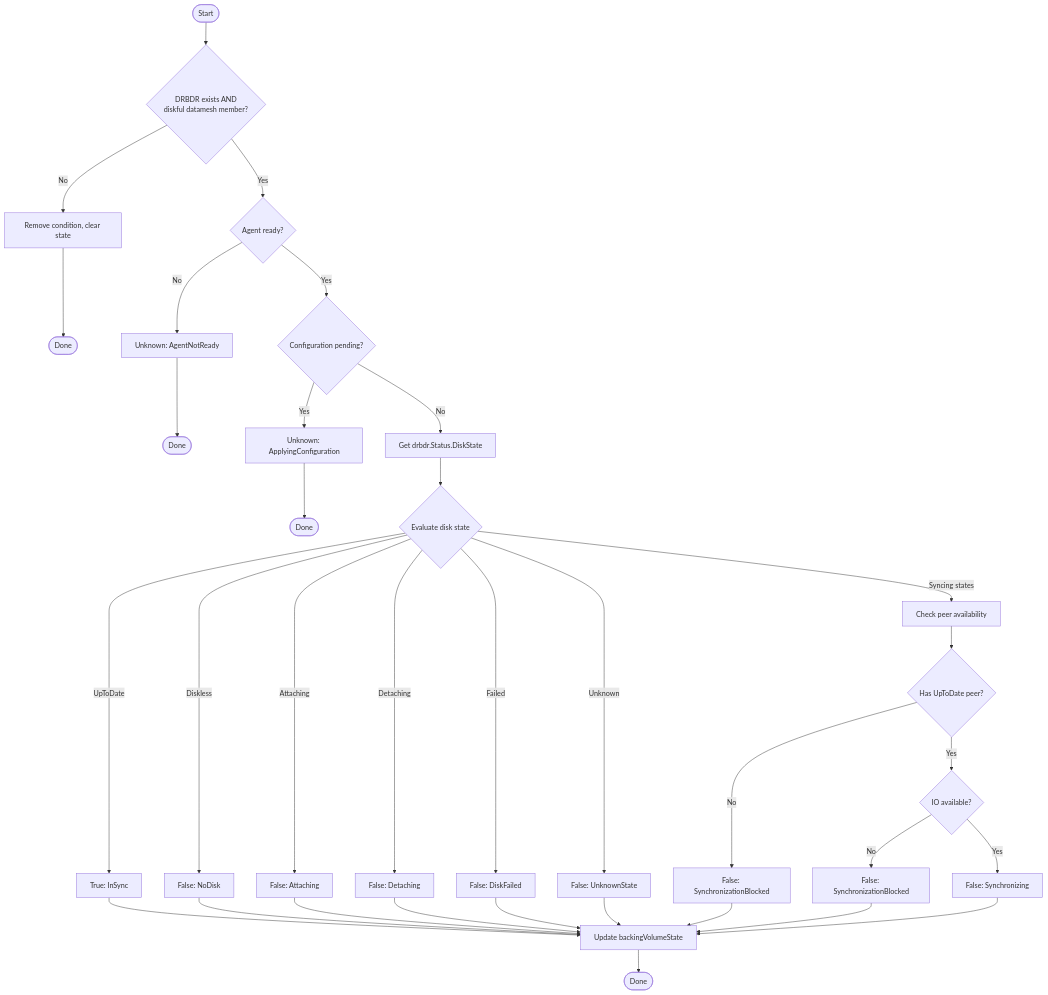
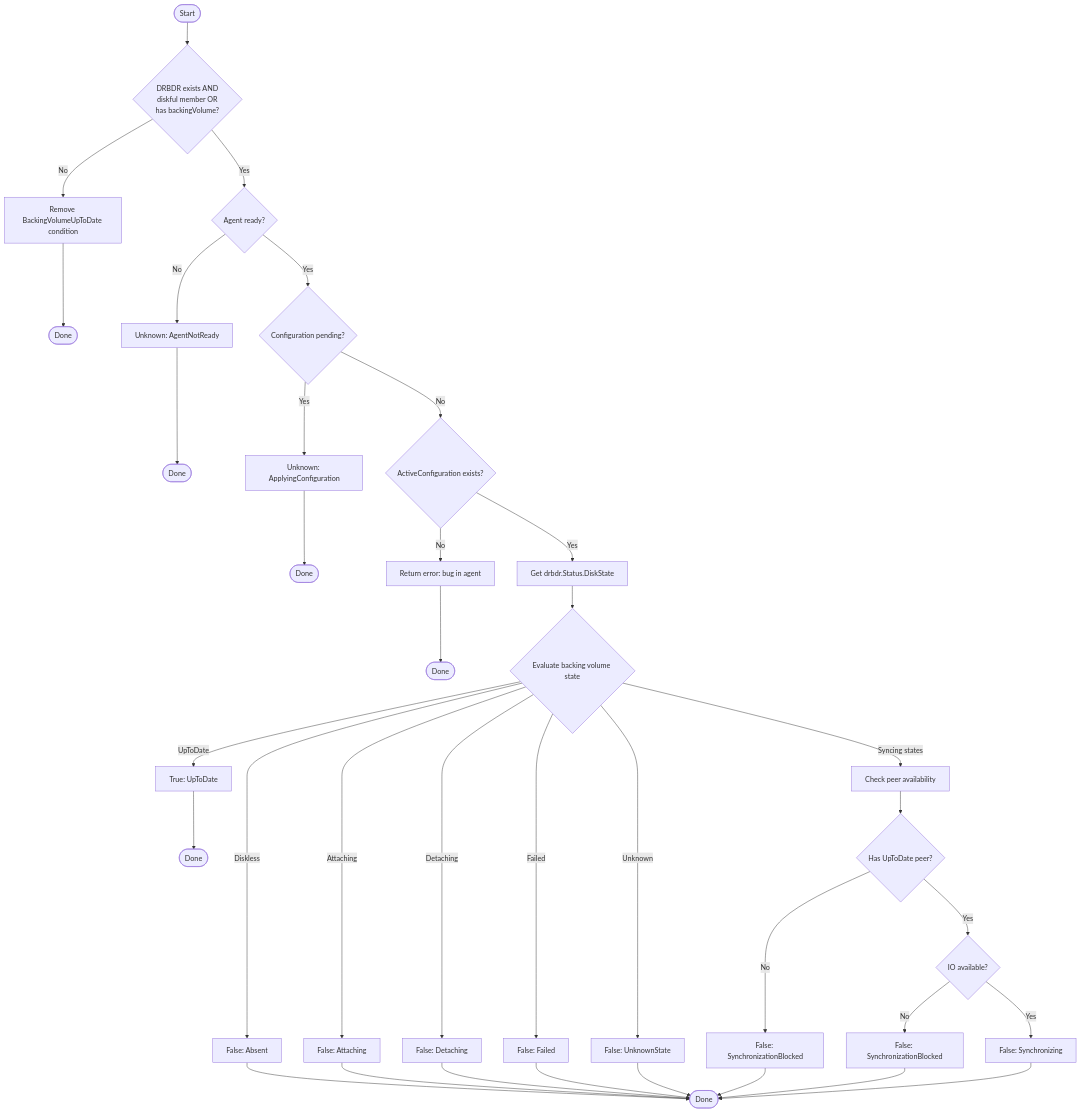
One commit to deckhouse/sds-replicated-volume changed diagram 12 of 15 in images/controller/internal/controllers/rvr_controller/README.md. Above: the diagram before and after it, drawn with Mermaid. The commit also changed other lines of this file and 20 other files, not shown here.

First line of the commit message:
[controller,csi-driver] Refine RVR status model and condition semantics

````diff
--- a/images/controller/internal/controllers/rvr_controller/README.md
+++ b/images/controller/internal/controllers/rvr_controller/README.md
@@ -771,43 +1041,46 @@
 ```mermaid
 flowchart TD
-    Start([Start]) --> CheckRelevant{DRBDR exists AND<br/>diskful datamesh member?}
-    CheckRelevant -->|No| RemoveAll[Remove condition, clear state]
-    RemoveAll --> End1([Done])
+    Start([Start]) --> CheckRelevant{DRBDR exists AND<br/>diskful member OR<br/>has backingVolume?}
+    CheckRelevant -->|No| RemoveCond[Remove BackingVolumeUpToDate condition]
+    RemoveCond --> End1([Done])
 
     CheckRelevant -->|Yes| CheckAgent{Agent ready?}
     CheckAgent -->|No| SetUnknown1[Unknown: AgentNotReady]
     SetUnknown1 --> End2([Done])
 
     CheckAgent -->|Yes| CheckPending{Configuration pending?}
     CheckPending -->|Yes| SetUnknown2[Unknown: ApplyingConfiguration]
     SetUnknown2 --> End3([Done])
 
-    CheckPending -->|No| GetDiskState[Get drbdr.Status.DiskState]
-    GetDiskState --> EvalState{Evaluate disk state}
+    CheckPending -->|No| CheckActive{ActiveConfiguration exists?}
+    CheckActive -->|No| Error[Return error: bug in agent]
+    Error --> End6([Done])
 
-    EvalState -->|UpToDate| SetTrue[True: InSync]
-    EvalState -->|Diskless| SetFalse1[False: NoDisk]
+    CheckActive -->|Yes| GetDiskState[Get drbdr.Status.DiskState]
+    GetDiskState --> EvalState{Evaluate backing volume state}
+
+    EvalState -->|UpToDate| SetTrue[True: UpToDate]
+    SetTrue --> End4([Done])
+
+    EvalState -->|Diskless| SetFalse1[False: Absent]
     EvalState -->|Attaching| SetFalse2[False: Attaching]
     EvalState -->|Detaching| SetFalse3[False: Detaching]
-    EvalState -->|Failed| SetFalse4[False: DiskFailed]
+    EvalState -->|Failed| SetFalse4[False: Failed]
     EvalState -->|Syncing states| CheckPeers[Check peer availability]
     EvalState -->|Unknown| SetFalse5[False: UnknownState]
 
     CheckPeers --> PeerCheck{Has UpToDate peer?}
     PeerCheck -->|No| SetBlocked1[False: SynchronizationBlocked]
     PeerCheck -->|Yes| IOCheck{IO available?}
     IOCheck -->|No| SetBlocked2[False: SynchronizationBlocked]
     IOCheck -->|Yes| SetSyncing[False: Synchronizing]
 
-    SetTrue --> UpdateState[Update backingVolumeState]
-    SetFalse1 --> UpdateState
-    SetFalse2 --> UpdateState
-    SetFalse3 --> UpdateState
-    SetFalse4 --> UpdateState
-    SetFalse5 --> UpdateState
-    SetBlocked1 --> UpdateState
-    SetBlocked2 --> UpdateState
-    SetSyncing --> UpdateState
-
-    UpdateState --> End4([Done])
+    SetFalse1 --> End5([Done])
+    SetFalse2 --> End5
+    SetFalse3 --> End5
+    SetFalse4 --> End5
+    SetFalse5 --> End5
+    SetBlocked1 --> End5
+    SetBlocked2 --> End5
+    SetSyncing --> End5
 ```
````
